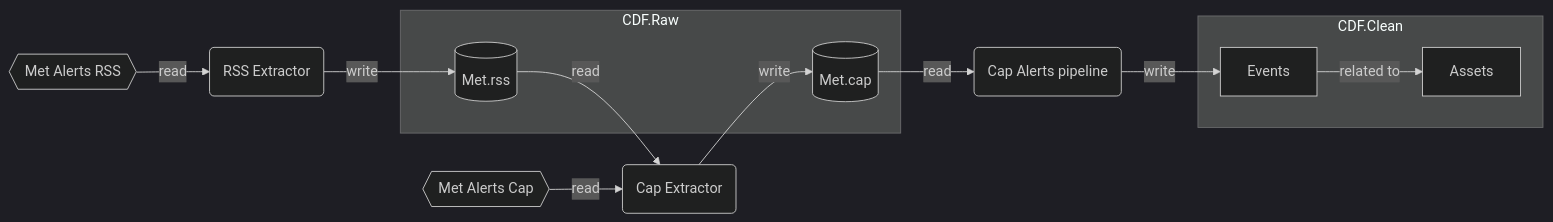
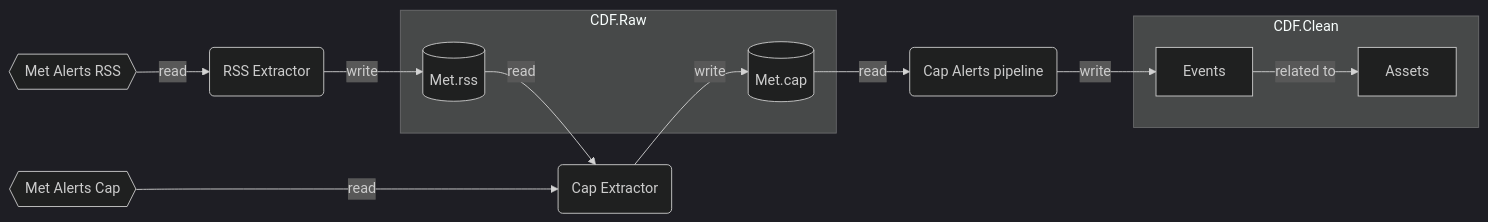
The second of 2 diagrams in 20-met-weather-scenario/README.md (cognitedata/cdf-sdk-java-examples), drawn with Mermaid (dark theme) before and after one commit. The commit also changed other lines of this file and 10 other files, not shown here.

````diff
--- a/20-met-weather-scenario/README.md
+++ b/20-met-weather-scenario/README.md
@@ -51,19 +56,19 @@
 ```mermaid
 flowchart LR
     A{{Met Alerts RSS}} -->|read| B(RSS Extractor)
     subgraph CDF.Raw
         C[(Met.rss)]
         D[(Met.cap)]
     end
     B -->|write| C
     C -->|read| E(Cap Extractor)
-    F{{Met Alerts Cap}} -->|read| E
+    F{{Met Alerts Cap}} ---->|read| E
     E -->|write| D
     subgraph CDF.Clean
         G[Events]
         H[Assets]
     end
     D -->|read| I(Cap Alerts pipeline)
     I -->|write| G
     G -->|related to| H
 ```
````
